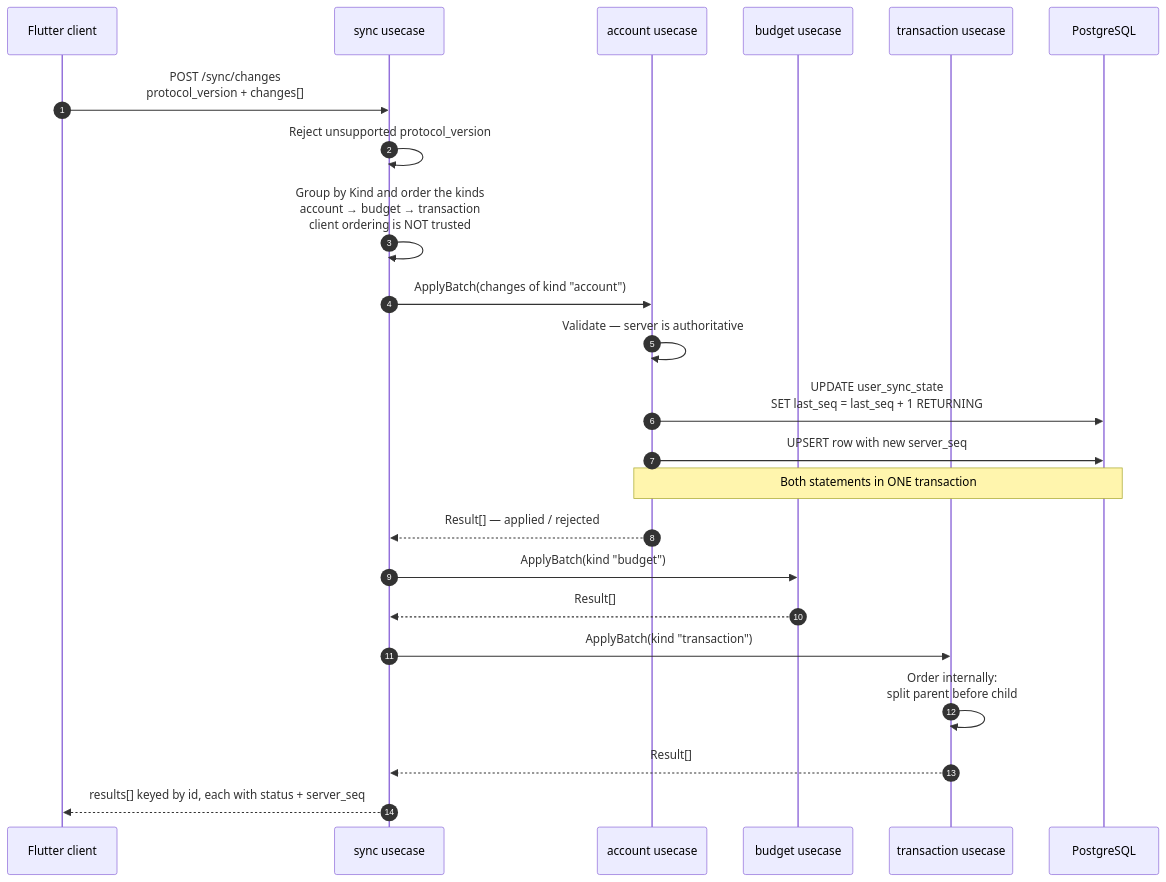
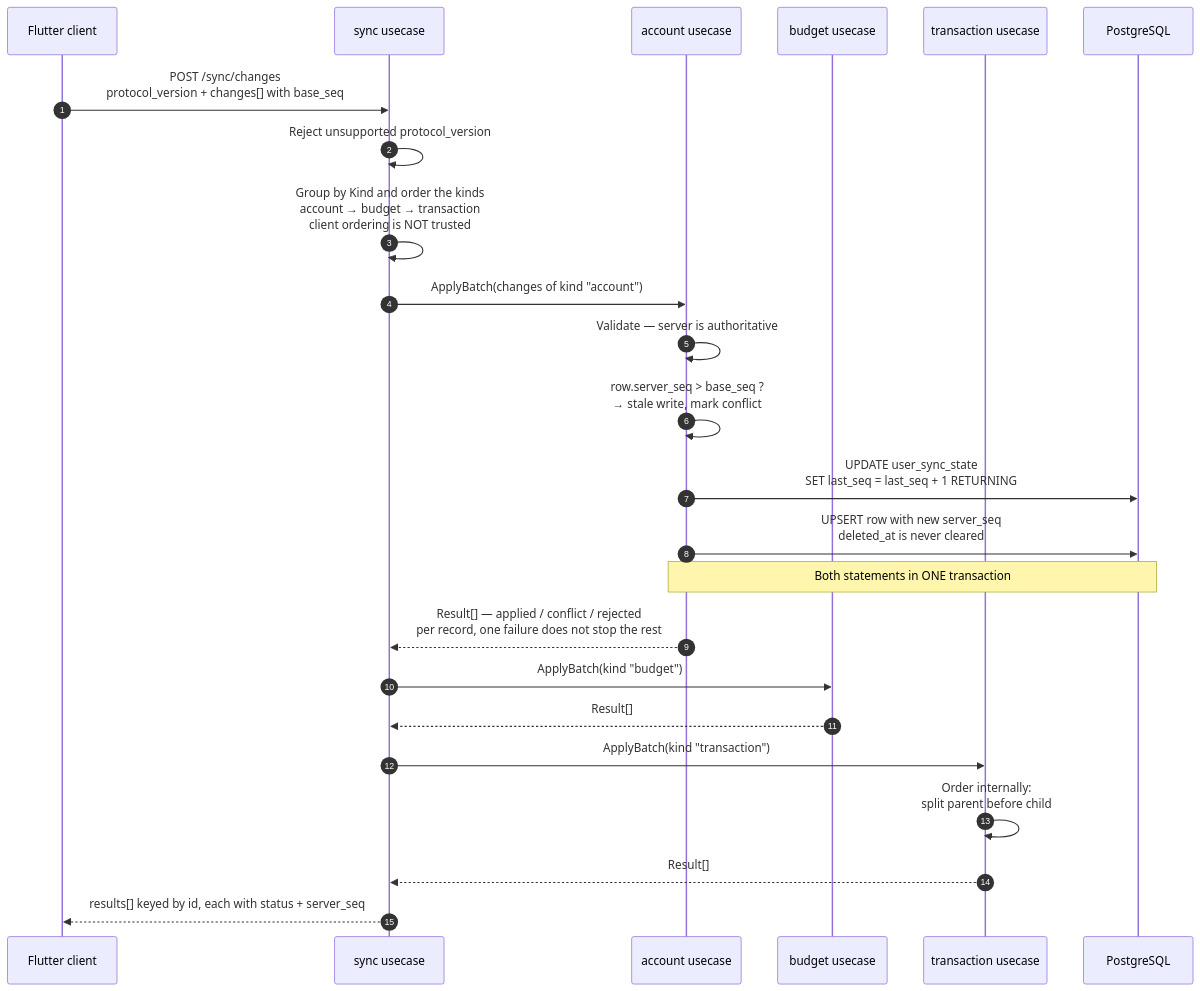
Before and after one commit to tarlusah/ws-elora: the second of 8 diagrams in notes/sync-flow.md, drawn with Mermaid. The commit also changed other lines of this file and 4 other files, not shown here.

````diff
--- a/notes/sync-flow.md
+++ b/notes/sync-flow.md
@@ -66,30 +66,31 @@
 ```mermaid
 sequenceDiagram
     autonumber
     participant C as Flutter client
     participant S as sync usecase
     participant A as account usecase
     participant B as budget usecase
     participant T as transaction usecase
     participant P as PostgreSQL
 
-    C->>S: POST /sync/changes<br/>protocol_version + changes[]
+    C->>S: POST /sync/changes<br/>protocol_version + changes[] with base_seq
     S->>S: Reject unsupported protocol_version
     S->>S: Group by Kind and order the kinds<br/>account → budget → transaction<br/>client ordering is NOT trusted
 
     S->>A: ApplyBatch(changes of kind "account")
     A->>A: Validate — server is authoritative
+    A->>A: row.server_seq > base_seq ?<br/>→ stale write, mark conflict
     A->>P: UPDATE user_sync_state<br/>SET last_seq = last_seq + 1 RETURNING
-    A->>P: UPSERT row with new server_seq
+    A->>P: UPSERT row with new server_seq<br/>deleted_at is never cleared
     Note over A,P: Both statements in ONE transaction
-    A-->>S: Result[] — applied / rejected
+    A-->>S: Result[] — applied / conflict / rejected<br/>per record, one failure does not stop the rest
 
     S->>B: ApplyBatch(kind "budget")
     B-->>S: Result[]
 
     S->>T: ApplyBatch(kind "transaction")
     T->>T: Order internally:<br/>split parent before child
     T-->>S: Result[]
 
     S-->>C: results[] keyed by id, each with status + server_seq
 ```
````
